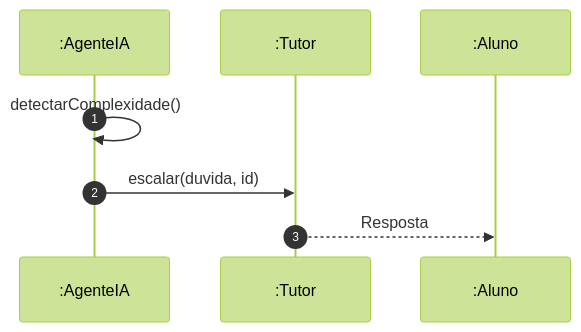
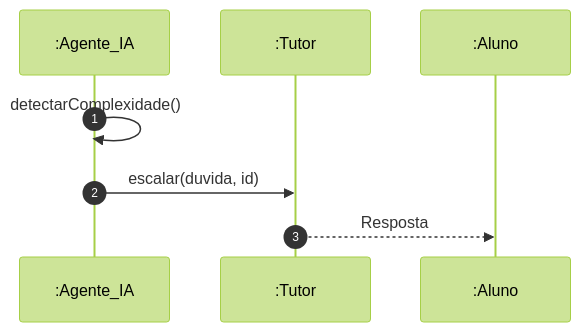
The second of 2 diagrams in 02_Modelagem_UML_Astah/UC07_Escalar_Duvida_Tutor/README.md (MayconDIS/PIM_III-Documentacao_UML), drawn with Mermaid (forest theme) before and after one commit. The commit also changed other lines of this file and 234 other files, not shown here.

````diff
--- a/02_Modelagem_UML_Astah/UC07_Escalar_Duvida_Tutor/README.md
+++ b/02_Modelagem_UML_Astah/UC07_Escalar_Duvida_Tutor/README.md
@@ -59,10 +47,10 @@
 ```mermaid
 sequenceDiagram
     autonumber
-    participant IA as :AgenteIA
+    participant IA as :Agente_IA
     participant T as :Tutor
     participant Al as :Aluno
     IA->>IA: detectarComplexidade()
     IA->>T: escalar(duvida, id)
     T-->>Al: Resposta
 ```
````
